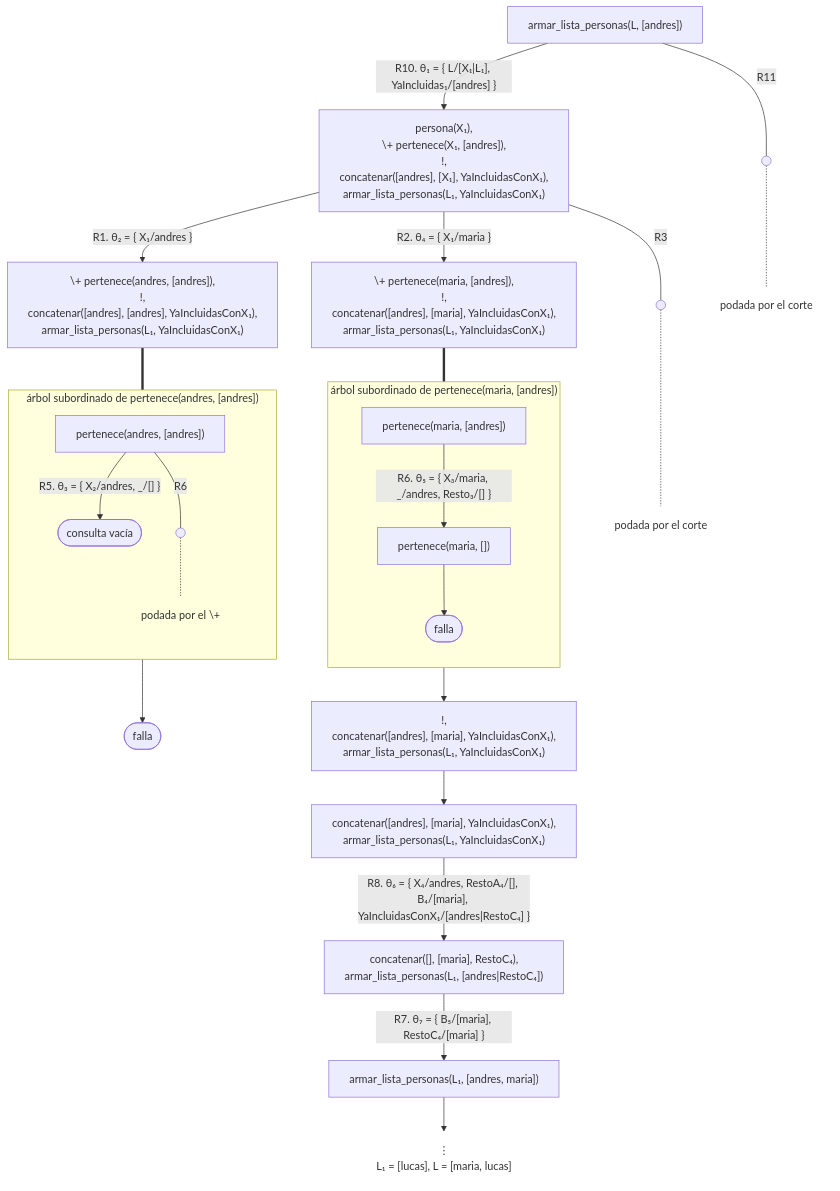
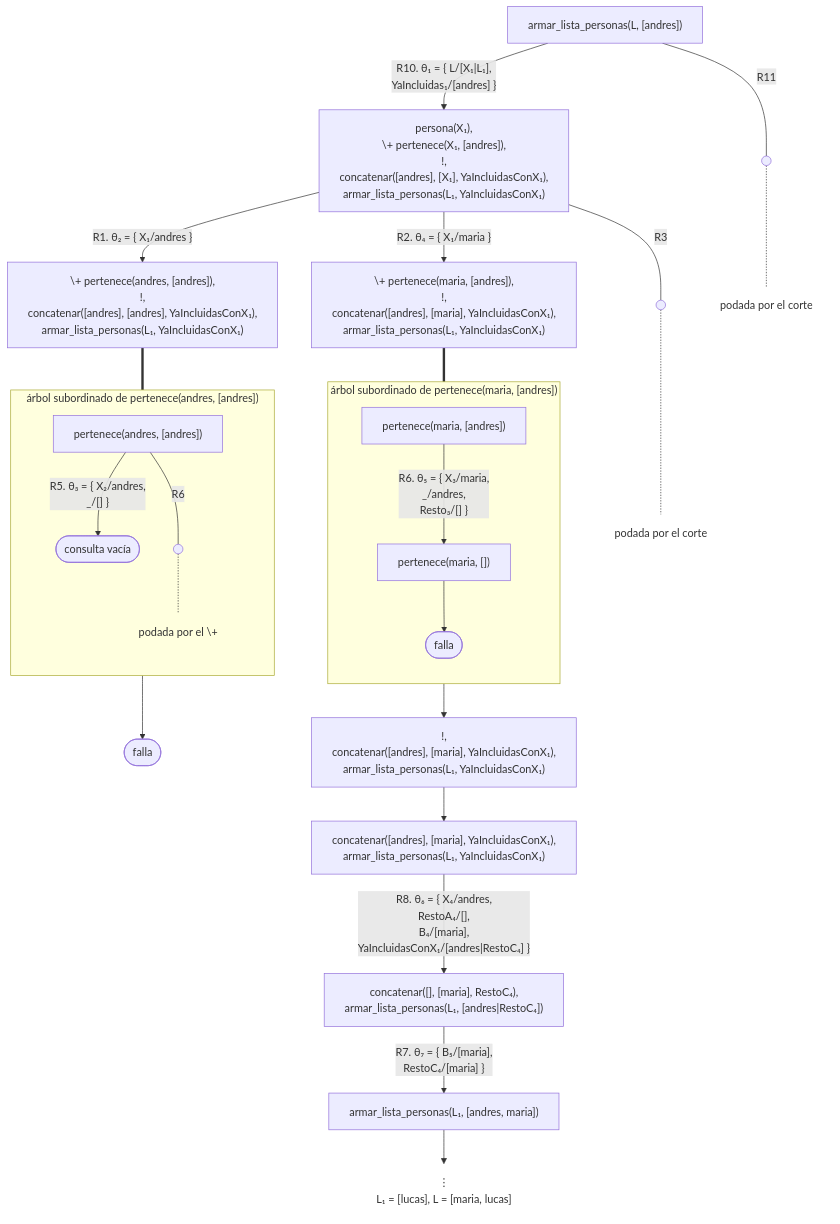
The second of 2 diagrams in docs/capitulo-10-negacion-como-falla/recolectar.md (CesarBallardini/curso-de-prolog), drawn with Mermaid before and after one commit. The commit also changed 24 other files, not shown here.

First line of the commit message:
feat(docs): botones para ocultar las columnas laterales y etiquetas cortas en los diagramas

````diff
--- a/docs/capitulo-10-negacion-como-falla/recolectar.md
+++ b/docs/capitulo-10-negacion-como-falla/recolectar.md
@@ -151,29 +151,29 @@
 ```mermaid
 %%{init: {"flowchart": {"wrappingWidth": 360}}}%%
 flowchart TD
-    A["armar_lista_personas(L, [andres])"] -- "R10. θ₁ = {&nbsp;L/[X₁|L₁], YaIncluidas₁/[andres]&nbsp;}" --> B["persona(X₁),<br/>\+ pertenece(X₁, [andres]),<br/>!,<br/>concatenar([andres], [X₁], YaIncluidasConX₁),<br/>armar_lista_personas(L₁, YaIncluidasConX₁)"]
+    A["armar_lista_personas(L, [andres])"] -- "R10. θ₁ = {&nbsp;L/[X₁|L₁],<br/>YaIncluidas₁/[andres]&nbsp;}" --> B["persona(X₁),<br/>\+ pertenece(X₁, [andres]),<br/>!,<br/>concatenar([andres], [X₁], YaIncluidasConX₁),<br/>armar_lista_personas(L₁, YaIncluidasConX₁)"]
     B -- "R1. θ₂ = {&nbsp;X₁/andres&nbsp;}" --> C["\+ pertenece(andres, [andres]),<br/>!,<br/>concatenar([andres], [andres], YaIncluidasConX₁),<br/>armar_lista_personas(L₁, YaIncluidasConX₁)"]
     C === s1
     subgraph s1 ["árbol subordinado de pertenece(andres, [andres])"]
         direction TB
-        C1["pertenece(andres, [andres])"] -- "R5. θ₃ = {&nbsp;X₂/andres, _/[]&nbsp;}" --> S1(["consulta vacía"])
+        C1["pertenece(andres, [andres])"] -- "R5. θ₃ = {&nbsp;X₂/andres,<br/>_/[]&nbsp;}" --> S1(["consulta vacía"])
         C1 -- "R6" --- p3@{ shape: sm-circ } -.- n3["podada por el \+"]
     end
     s1 --> F1(["falla"])
     B -- "R2. θ₄ = {&nbsp;X₁/maria&nbsp;}" --> D["\+ pertenece(maria, [andres]),<br/>!,<br/>concatenar([andres], [maria], YaIncluidasConX₁),<br/>armar_lista_personas(L₁, YaIncluidasConX₁)"]
     D === s2
     subgraph s2 ["árbol subordinado de pertenece(maria, [andres])"]
         direction TB
-        D1["pertenece(maria, [andres])"] -- "R6. θ₅ = {&nbsp;X₃/maria, _/andres, Resto₃/[]&nbsp;}" --> D2["pertenece(maria, [])"]
+        D1["pertenece(maria, [andres])"] -- "R6. θ₅ = {&nbsp;X₃/maria,<br/>_/andres,<br/>Resto₃/[]&nbsp;}" --> D2["pertenece(maria, [])"]
         D2 --> F2(["falla"])
     end
     s2 --> H["!,<br/>concatenar([andres], [maria], YaIncluidasConX₁),<br/>armar_lista_personas(L₁, YaIncluidasConX₁)"]
     H --> I["concatenar([andres], [maria], YaIncluidasConX₁),<br/>armar_lista_personas(L₁, YaIncluidasConX₁)"]
-    I -- "R8. θ₆ = {&nbsp;X₄/andres, RestoA₄/[], B₄/[maria], YaIncluidasConX₁/[andres|RestoC₄]&nbsp;}" --> K["concatenar([], [maria], RestoC₄),<br/>armar_lista_personas(L₁, [andres|RestoC₄])"]
-    K -- "R7. θ₇ = {&nbsp;B₅/[maria], RestoC₄/[maria]&nbsp;}" --> J["armar_lista_personas(L₁, [andres, maria])"]
+    I -- "R8. θ₆ = {&nbsp;X₄/andres,<br/>RestoA₄/[],<br/>B₄/[maria],<br/>YaIncluidasConX₁/[andres|RestoC₄]&nbsp;}" --> K["concatenar([], [maria], RestoC₄),<br/>armar_lista_personas(L₁, [andres|RestoC₄])"]
+    K -- "R7. θ₇ = {&nbsp;B₅/[maria],<br/>RestoC₄/[maria]&nbsp;}" --> J["armar_lista_personas(L₁, [andres, maria])"]
     J --> V["⋮<br/>L₁ = [lucas], L = [maria, lucas]"]
     B -- "R3" --- p1@{ shape: sm-circ } -.- n1["podada por el corte"]
     A -- "R11" --- p2@{ shape: sm-circ } -.- n2["podada por el corte"]
     classDef abierto fill:none,stroke:none;
     class V,n1,n2,n3 abierto;
 ```
````
